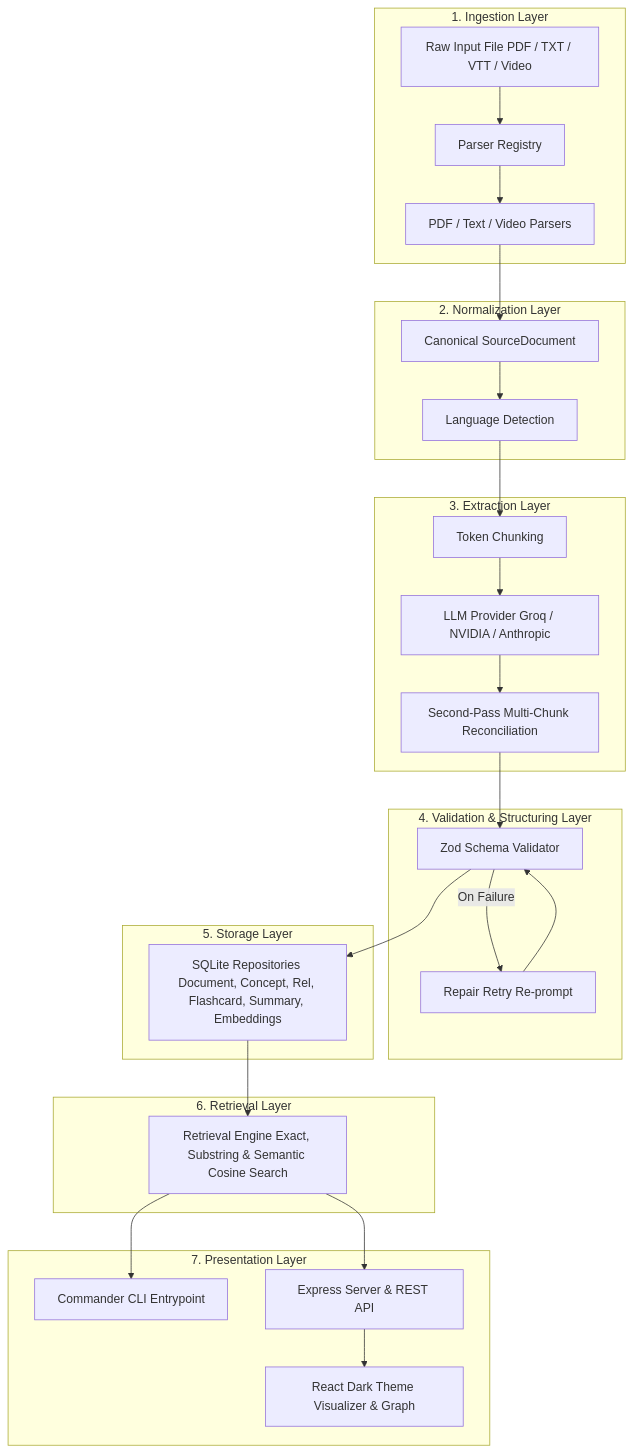
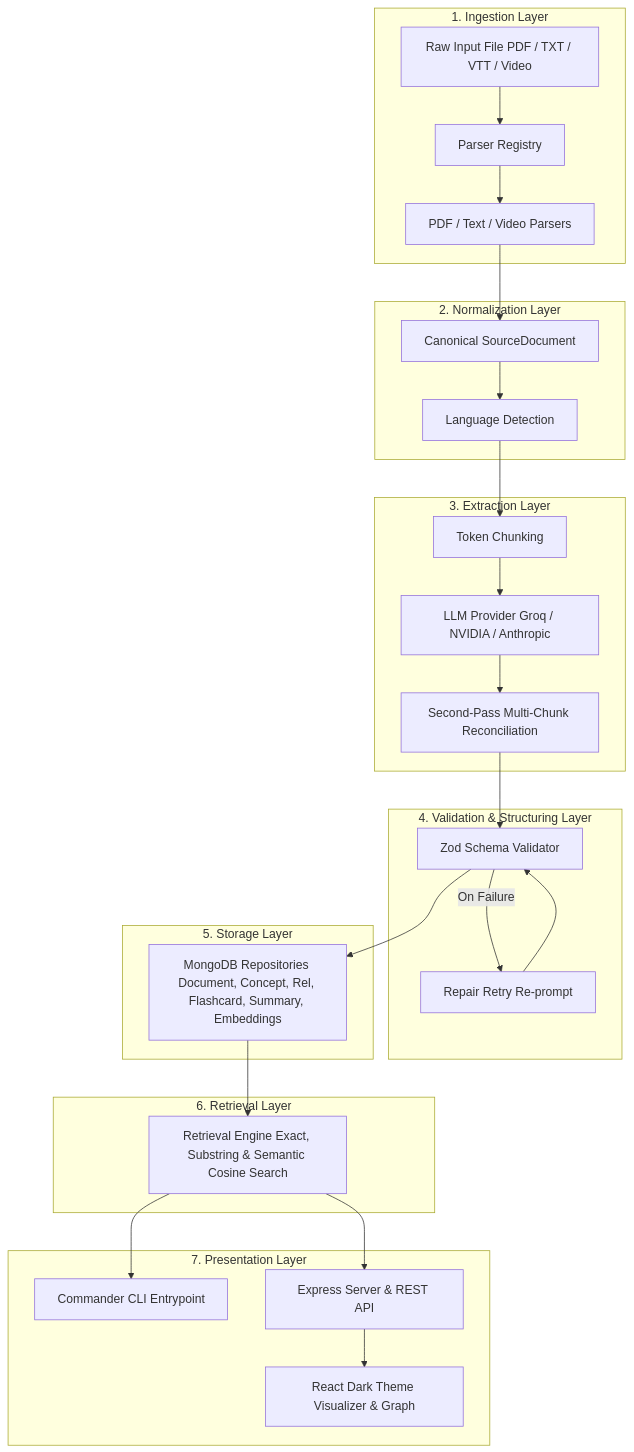
Before and after one commit to nikhilkumarjain09/Multi-Source-Learning-Content-Ingestion-Structured-Output-Generation: the diagram in README.md, drawn with Mermaid. The commit also changed other lines of this file and 50 other files, not shown here.

````diff
--- a/README.md
+++ b/README.md
@@ -11,38 +11,38 @@
 ```mermaid
 graph TD
     subgraph Ingestion ["1. Ingestion Layer"]
         A[Raw Input File PDF / TXT / VTT / Video] --> B[Parser Registry]
         B --> C[PDF / Text / Video Parsers]
     end
 
     subgraph Normalization ["2. Normalization Layer"]
         C --> D[Canonical SourceDocument]
         D --> E[Language Detection]
     end
 
     subgraph Extraction ["3. Extraction Layer"]
         E --> F[Token Chunking]
         F --> G[LLM Provider Groq / NVIDIA / Anthropic]
         G --> H[Second-Pass Multi-Chunk Reconciliation]
     end
 
     subgraph Validation ["4. Validation & Structuring Layer"]
         H --> I[Zod Schema Validator]
         I -- On Failure --> J[Repair Retry Re-prompt]
         J --> I
     end
 
     subgraph Storage ["5. Storage Layer"]
-        I --> K[SQLite Repositories Document, Concept, Rel, Flashcard, Summary, Embeddings]
+        I --> K[MongoDB Repositories Document, Concept, Rel, Flashcard, Summary, Embeddings]
     end
 
     subgraph Retrieval ["6. Retrieval Layer"]
         K --> L[Retrieval Engine Exact, Substring & Semantic Cosine Search]
     end
 
     subgraph Presentation ["7. Presentation Layer"]
         L --> M[Commander CLI Entrypoint]
         L --> N[Express Server & REST API]
         N --> O[React Dark Theme Visualizer & Graph]
     end
 ```
````
